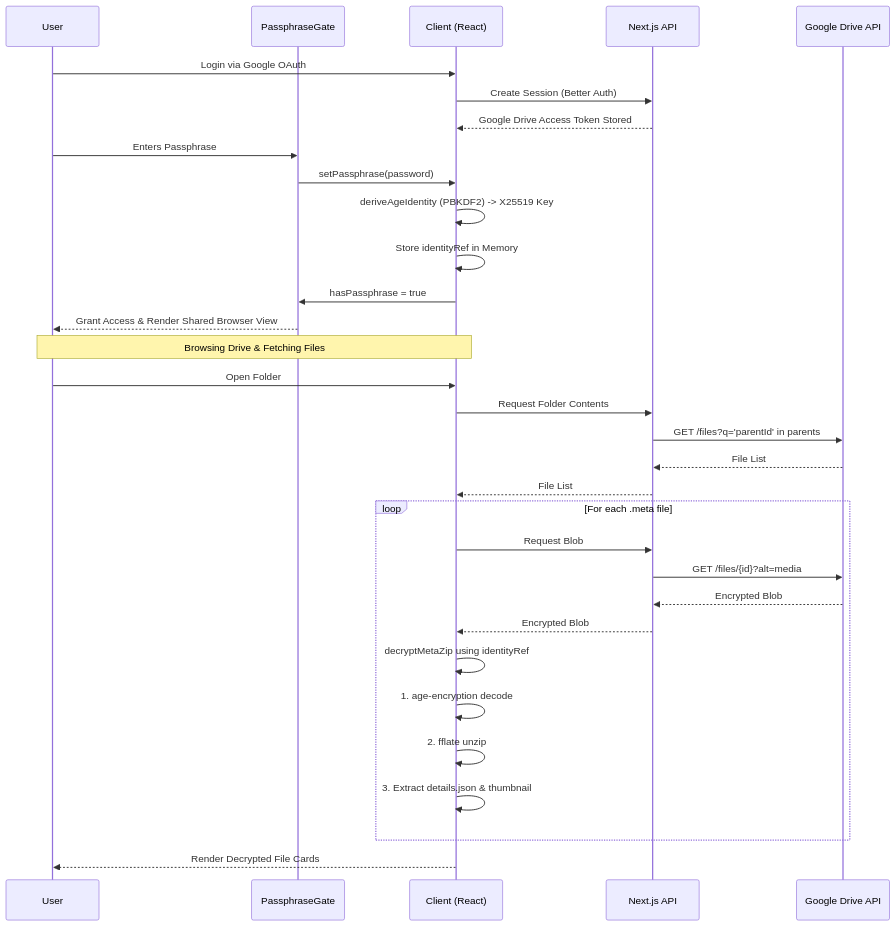
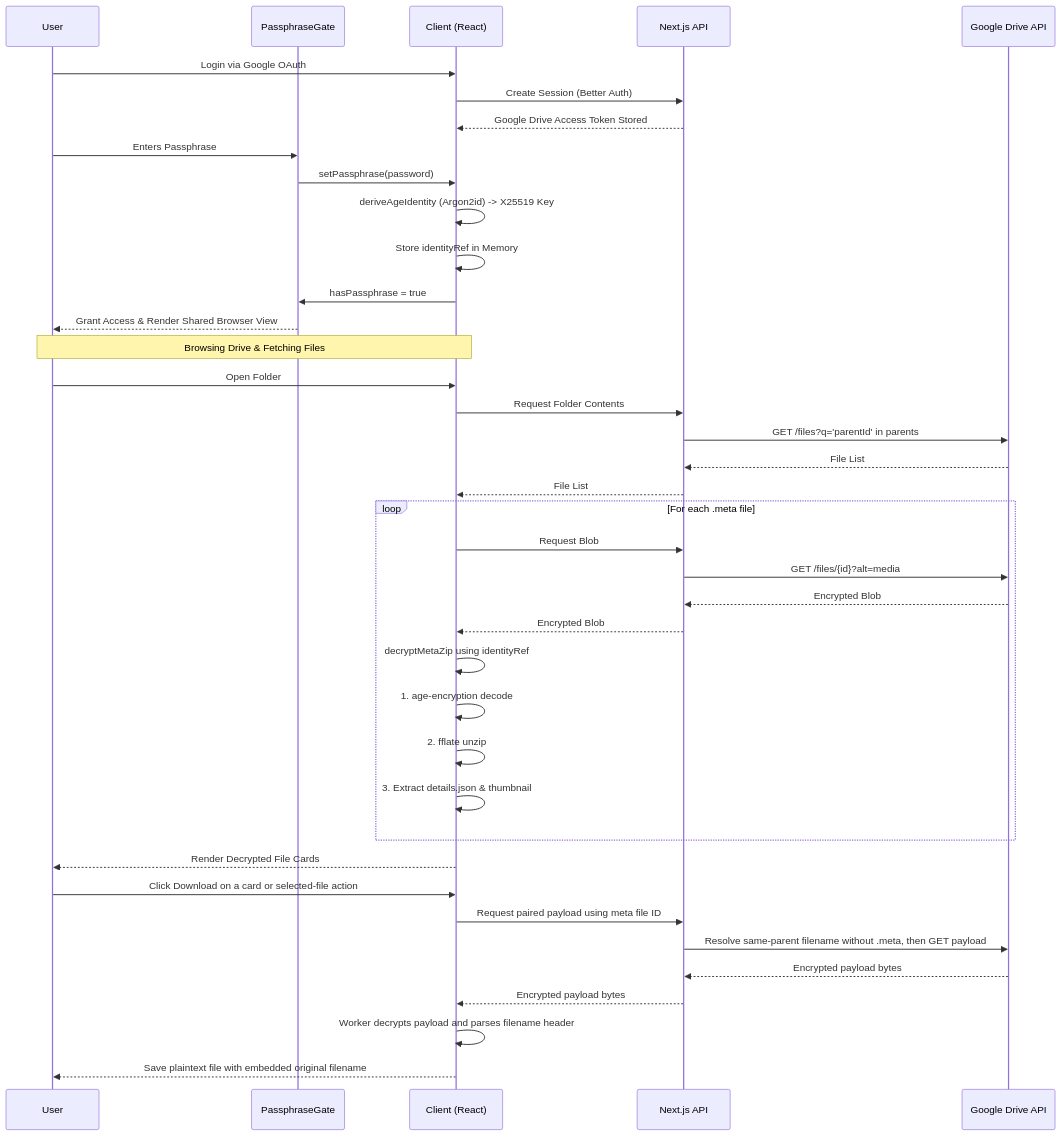
Before and after one commit to Vijay-papanaboina/VaultDrive: the diagram in docs/architecture.md, drawn with Mermaid. The commit also changed other lines of this file and 17 other files, not shown here.

````diff
--- a/docs/architecture.md
+++ b/docs/architecture.md
@@ -26,41 +27,49 @@
 ```mermaid
 sequenceDiagram
     participant User
     participant PassphraseGate
     participant Client (React)
     participant Next.js API
     participant Google Drive API
 
     User->>Client (React): Login via Google OAuth
     Client (React)->>Next.js API: Create Session (Better Auth)
     Next.js API-->>Client (React): Google Drive Access Token Stored
     
     User->>PassphraseGate: Enters Passphrase
     PassphraseGate->>Client (React): setPassphrase(password)
-    Client (React)->>Client (React): deriveAgeIdentity (PBKDF2) -> X25519 Key
+    Client (React)->>Client (React): deriveAgeIdentity (Argon2id) -> X25519 Key
     Client (React)->>Client (React): Store identityRef in Memory
     Client (React)->>PassphraseGate: hasPassphrase = true
     PassphraseGate-->>User: Grant Access & Render Shared Browser View
 
     Note over User, Client (React): Browsing Drive & Fetching Files
     
     User->>Client (React): Open Folder
     Client (React)->>Next.js API: Request Folder Contents
     Next.js API->>Google Drive API: GET /files?q='parentId' in parents
     Google Drive API-->>Next.js API: File List
     Next.js API-->>Client (React): File List
 
     loop For each .meta file
         Client (React)->>Next.js API: Request Blob
         Next.js API->>Google Drive API: GET /files/{id}?alt=media
         Google Drive API-->>Next.js API: Encrypted Blob
         Next.js API-->>Client (React): Encrypted Blob
         
         Client (React)->>Client (React): decryptMetaZip using identityRef
         Client (React)->>Client (React): 1. age-encryption decode
         Client (React)->>Client (React): 2. fflate unzip
         Client (React)->>Client (React): 3. Extract details.json & thumbnail
     end
     
     Client (React)-->>User: Render Decrypted File Cards
+
+    User->>Client (React): Click Download on a card or selected-file action
+    Client (React)->>Next.js API: Request paired payload using meta file ID
+    Next.js API->>Google Drive API: Resolve same-parent filename without .meta, then GET payload
+    Google Drive API-->>Next.js API: Encrypted payload bytes
+    Next.js API-->>Client (React): Encrypted payload bytes
+    Client (React)->>Client (React): Worker decrypts payload and parses filename header
+    Client (React)-->>User: Save plaintext file with embedded original filename
 ```
````
